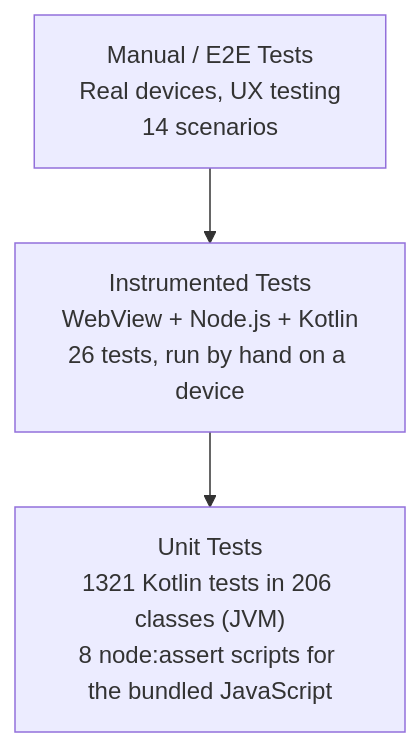
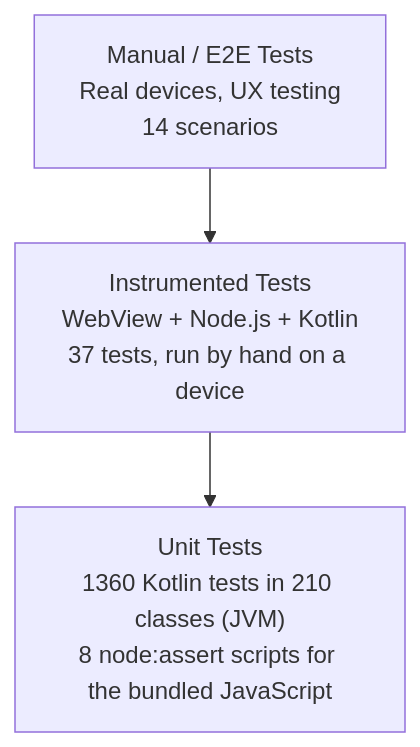
One commit to rmyndharis/VSCodroid changed the first of 3 diagrams in docs/07-TESTING_STRATEGY.md. Above: the diagram before and after it, drawn with Mermaid. The commit also changed other lines of this file, not shown here.

Commit message:
docs(testing): re-measure the suite after the new cases

````diff
--- a/docs/07-TESTING_STRATEGY.md
+++ b/docs/07-TESTING_STRATEGY.md
@@ -23,5 +23,5 @@
 ```mermaid
 flowchart TD
-  E2E["Manual / E2E Tests<br/>Real devices, UX testing<br/>14 scenarios"] --> INT["Instrumented Tests<br/>WebView + Node.js + Kotlin<br/>26 tests, run by hand on a device"]
-  INT --> UNIT["Unit Tests<br/>1321 Kotlin tests in 206 classes (JVM)<br/>8 node:assert scripts for the bundled JavaScript"]
+  E2E["Manual / E2E Tests<br/>Real devices, UX testing<br/>14 scenarios"] --> INT["Instrumented Tests<br/>WebView + Node.js + Kotlin<br/>37 tests, run by hand on a device"]
+  INT --> UNIT["Unit Tests<br/>1360 Kotlin tests in 210 classes (JVM)<br/>8 node:assert scripts for the bundled JavaScript"]
 ```
````
